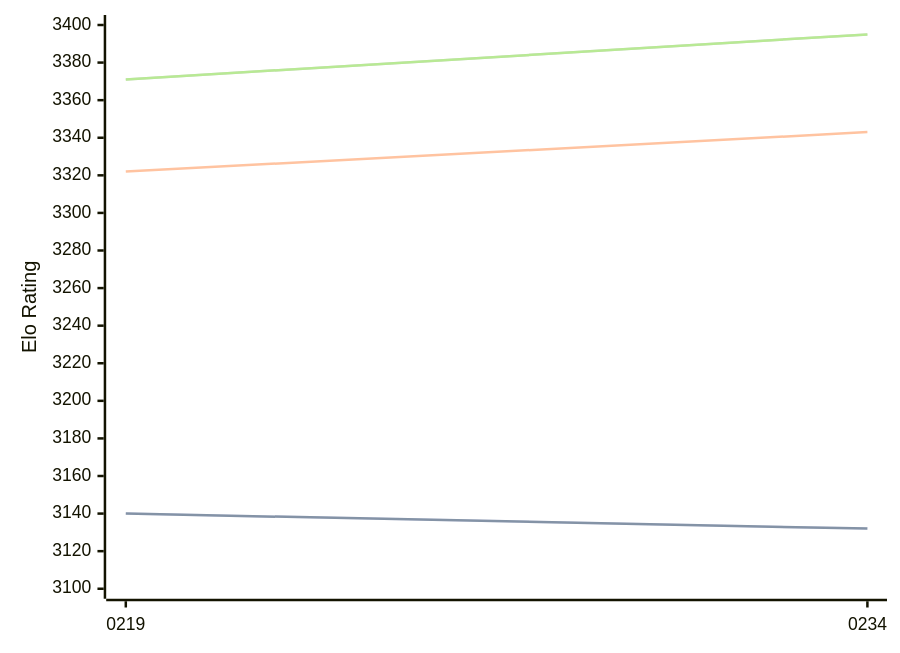
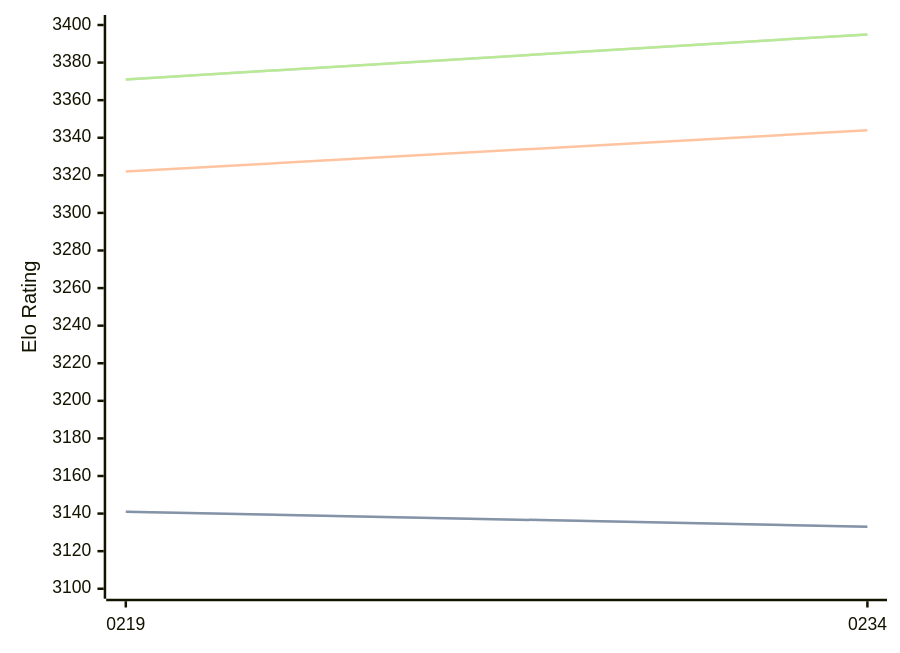
One commit to computer-chess-index/cci changed the diagram in engines/Ynode.md. Above: the diagram before and after it, drawn with Mermaid. The commit also changed other lines of this file, not shown here.

````diff
--- a/engines/Ynode.md
+++ b/engines/Ynode.md
@@ -32,11 +32,11 @@
 ```mermaid
 %%{init: {"theme":"base","themeVariables":{"seriesColors:['#a3a3a3','#222221','#faa371']}}}%%
 xychart-beta
   x-axis ["0219", "0234"]
   y-axis "Elo Rating" 3100 --> 3400
-  line "" [3140, 3132]
-  line "STC (8.0+0.08s)" [3140, 3132]
-  line "LTC (60.0+0.60s)" [3322, 3343]
+  line "" [3141, 3133]
+  line "STC (8.0+0.08s)" [3141, 3133]
+  line "LTC (60.0+0.60s)" [3322, 3344]
   line "" [3371, 3395]
   line "VLTC (2m24s+1.12s)" [3371, 3395]
 ```
````
